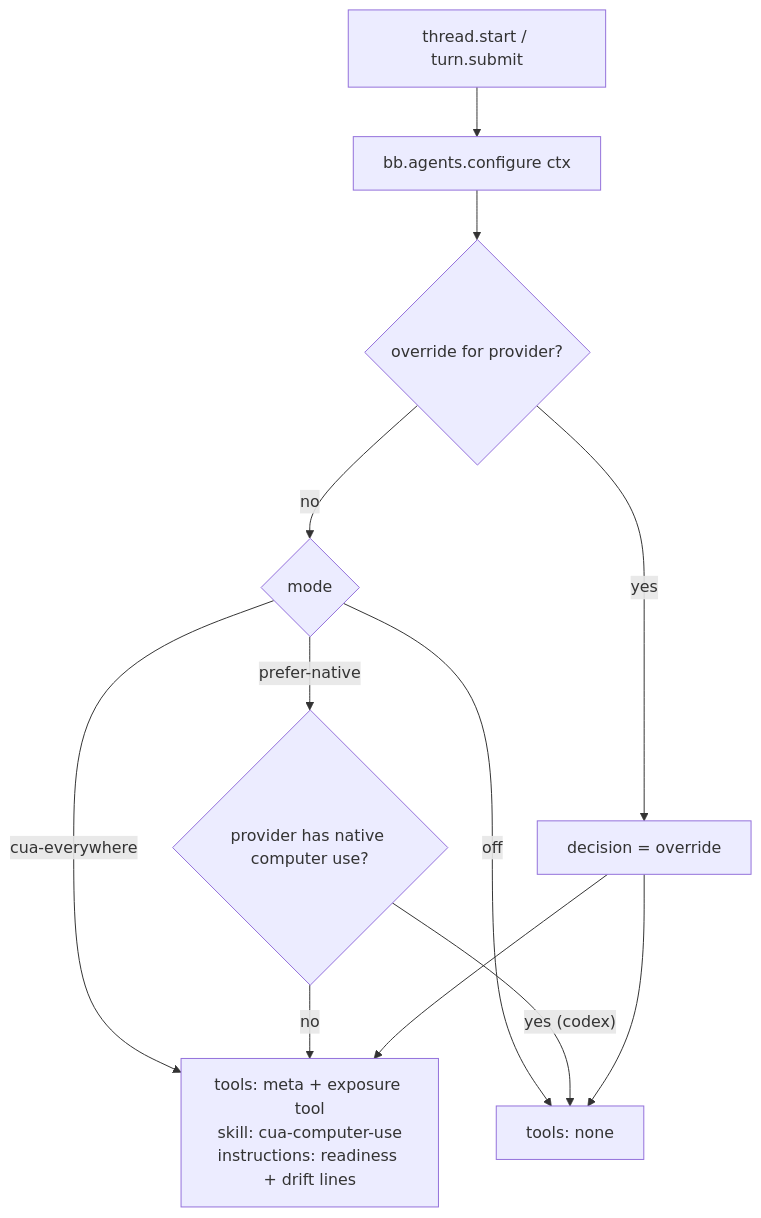
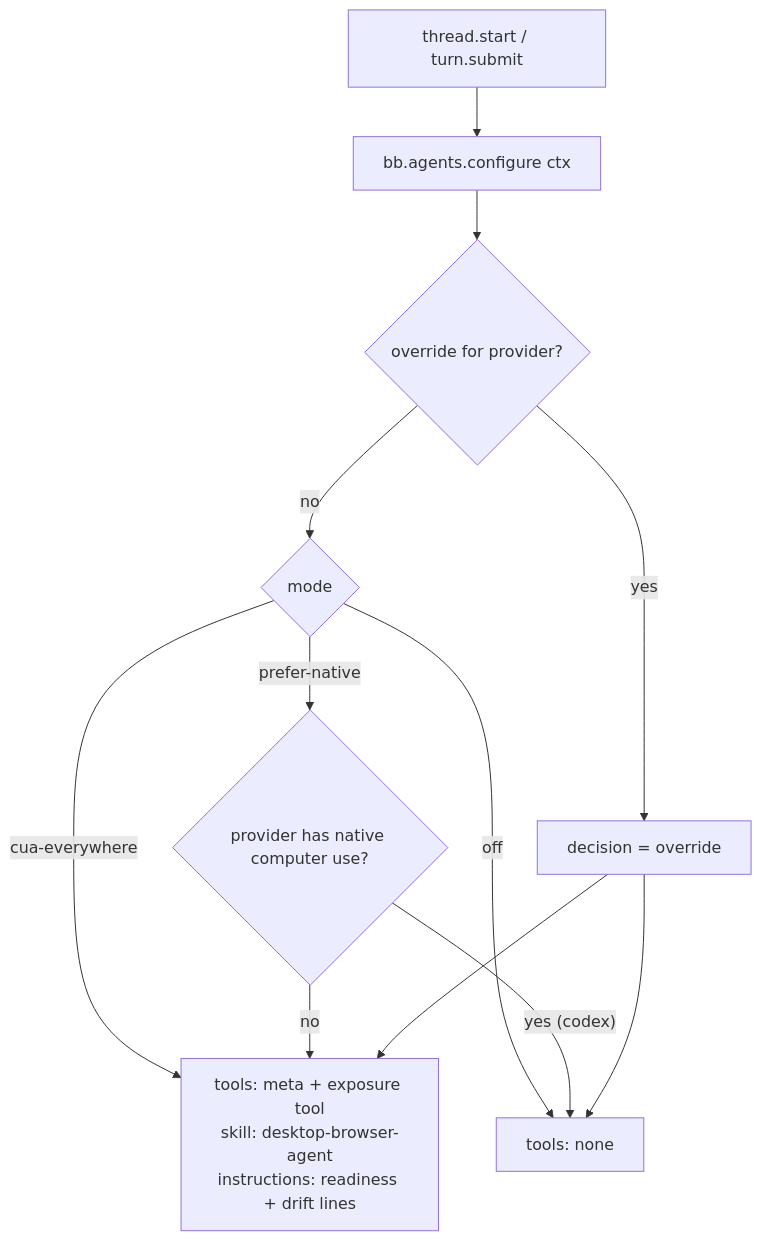
Before and after one commit to qwadrox/bb-plugin-computer-use: the sixth of 6 diagrams in docs/ARCHITECTURE.md, drawn with Mermaid. The commit also changed 11 other files, not shown here.

First line of the commit message:
Call the plugin Desktop & Browser Agent in agent text

````diff
--- a/docs/ARCHITECTURE.md
+++ b/docs/ARCHITECTURE.md
@@ -130,14 +130,14 @@
 ```mermaid
 flowchart TD
   T[thread.start / turn.submit] --> C[bb.agents.configure ctx]
   C --> O{override for provider?}
   O -- yes --> D[decision = override]
   O -- no --> M{mode}
   M -- off --> OFF[tools: none]
-  M -- cua-everywhere --> CUA[tools: meta + exposure tool<br/>skill: cua-computer-use<br/>instructions: readiness + drift lines]
+  M -- cua-everywhere --> CUA[tools: meta + exposure tool<br/>skill: desktop-browser-agent<br/>instructions: readiness + drift lines]
   M -- prefer-native --> N{provider has native computer use?}
   N -- yes (codex) --> OFF
   N -- no --> CUA
   D --> CUA
   D --> OFF
 ```
````
